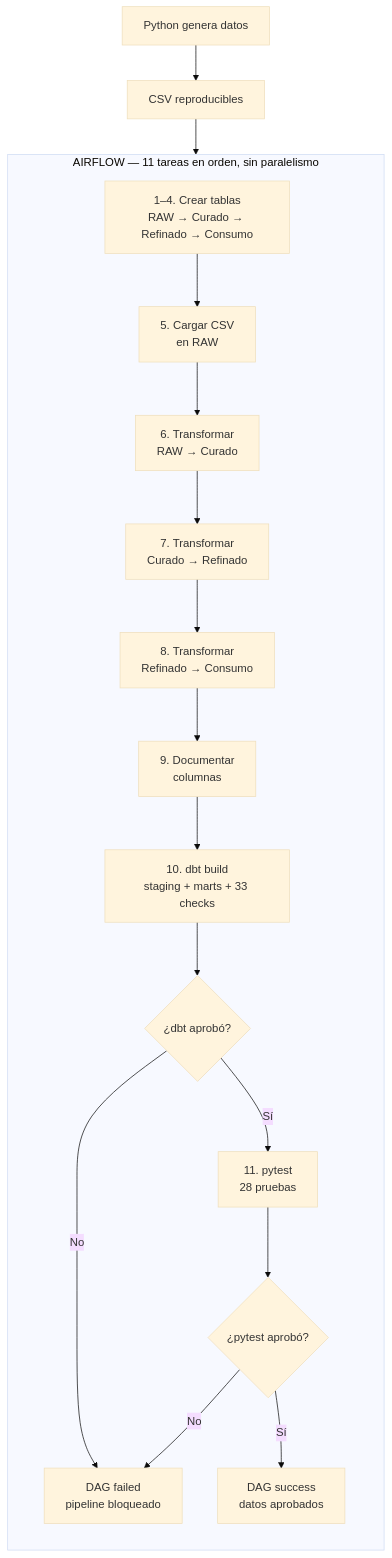
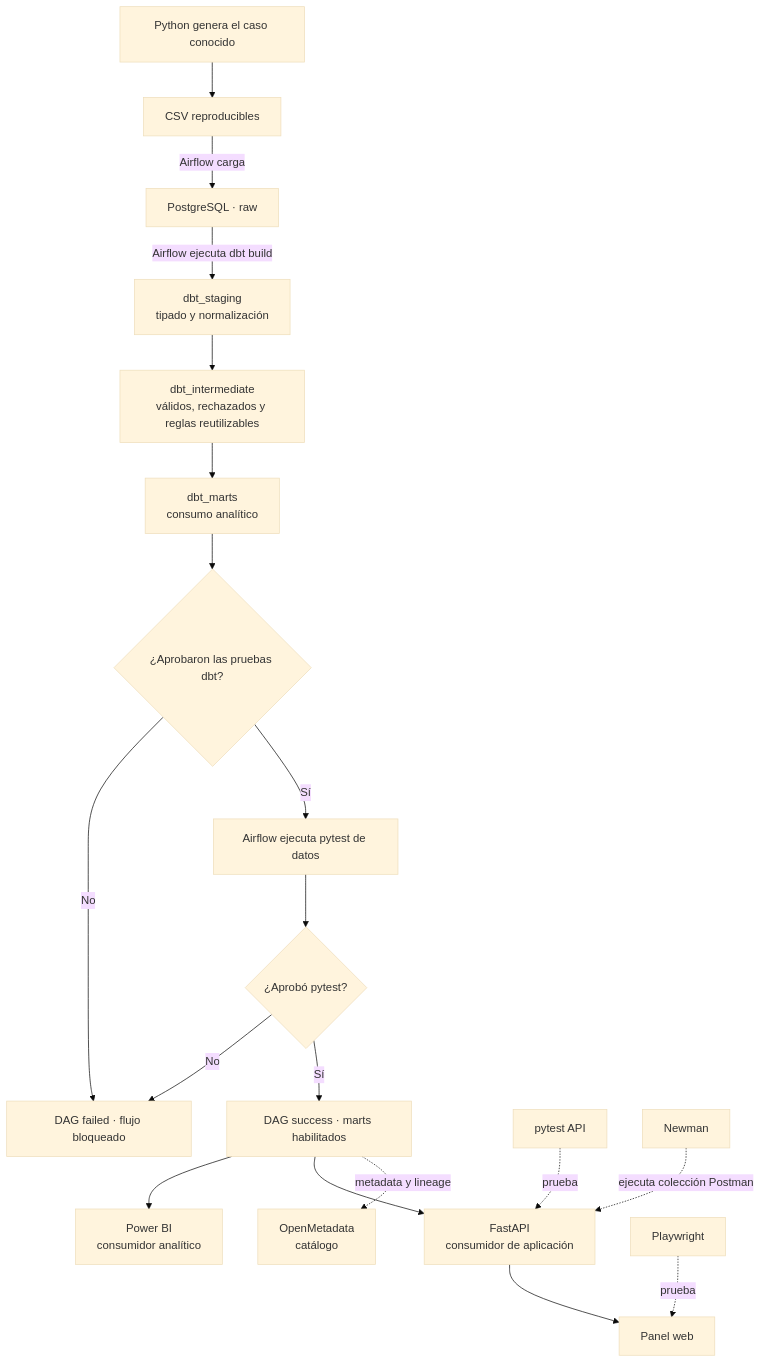
Before and after one commit to MatiFul/data-qa-lab: the diagram in docs/MAPA_EJECUCION_LAB.md, drawn with Mermaid (base theme). The commit also changed other lines of this file and 9 other files, not shown here.

````diff
--- a/docs/MAPA_EJECUCION_LAB.md
+++ b/docs/MAPA_EJECUCION_LAB.md
@@ -11,28 +7,24 @@
 ```mermaid
 flowchart TD
-    G["Python genera datos"] --> CSV["CSV reproducibles"]
+    GEN["Python genera el caso conocido"] --> CSV["CSV reproducibles"]
+    CSV -->|"Airflow carga"| RAW["PostgreSQL · raw"]
+    RAW -->|"Airflow ejecuta dbt build"| STG["dbt_staging<br>tipado y normalización"]
+    STG --> INT["dbt_intermediate<br>válidos, rechazados y reglas reutilizables"]
+    INT --> MARTS["dbt_marts<br>consumo analítico"]
 
-    subgraph DAG["AIRFLOW — 11 tareas en orden, sin paralelismo"]
-        direction TB
-        T1["1–4. Crear tablas<br>RAW → Curado → Refinado → Consumo"]
-        T2["5. Cargar CSV<br>en RAW"]
-        T3["6. Transformar<br>RAW → Curado"]
-        T4["7. Transformar<br>Curado → Refinado"]
-        T5["8. Transformar<br>Refinado → Consumo"]
-        T6["9. Documentar<br>columnas"]
-        T7["10. dbt build<br>staging + marts + 33 checks"]
-        D1{"¿dbt aprobó?"}
-        T8["11. pytest<br>28 pruebas"]
-        D2{"¿pytest aprobó?"}
-        OK["DAG success<br>datos aprobados"]
-        STOP["DAG failed<br>pipeline bloqueado"]
+    MARTS --> DBT{"¿Aprobaron las pruebas dbt?"}
+    DBT -- "No" --> STOP["DAG failed · flujo bloqueado"]
+    DBT -- "Sí" --> PY["Airflow ejecuta pytest de datos"]
+    PY --> GATE{"¿Aprobó pytest?"}
+    GATE -- "No" --> STOP
+    GATE -- "Sí" --> OK["DAG success · marts habilitados"]
 
-        T1 --> T2 --> T3 --> T4 --> T5 --> T6 --> T7 --> D1
-        D1 -- "Sí" --> T8 --> D2
-        D1 -- "No" --> STOP
-        D2 -- "Sí" --> OK
-        D2 -- "No" --> STOP
-    end
+    OK --> PBI["Power BI<br>consumidor analítico"]
+    OK --> API["FastAPI<br>consumidor de aplicación"]
+    API --> WEB["Panel web"]
+    OK -. "metadata y lineage" .-> OM["OpenMetadata<br>catálogo"]
 
-    CSV --> T2
+    API_TEST["pytest API"] -. "prueba" .-> API
+    NEWMAN["Newman"] -. "ejecuta colección Postman" .-> API
+    PLAY["Playwright"] -. "prueba" .-> WEB
 ```
````
